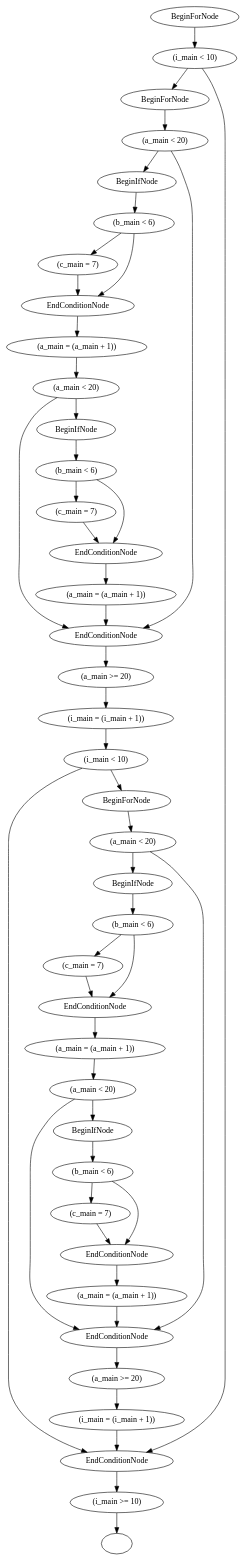
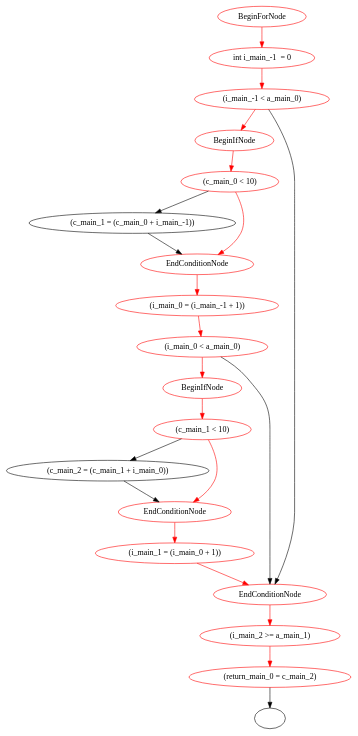
The diagram in graph.dot (vananhnt/Vtse-VerificationTool), drawn with Graphviz before and after one commit. The commit also changed 7 other files, not shown here.

```diff
--- a/graph.dot
+++ b/graph.dot
@@ -1,143 +1,94 @@
-digraph {
-"1792320629" -> "(i_main < 10)508548659";
-"1792320629" [ label="BeginForNode"];
-"(i_main < 10)508548659" [ label="(i_main < 10)"];
-"(i_main < 10)508548659" -> "1548049730";
-"(i_main < 10)508548659" [ label="(i_main < 10)"];
-"1548049730" [ label="BeginForNode"];
-"(i_main < 10)508548659" -> "1086173293";
-"(i_main < 10)508548659" [ label="(i_main < 10)"];
-"1086173293" [ label="EndConditionNode"];
-"1548049730" -> "(a_main < 20)260391683";
-"1548049730" [ label="BeginForNode"];
-"(a_main < 20)260391683" [ label="(a_main < 20)"];
-"(a_main < 20)260391683" -> "1872487054";
-"(a_main < 20)260391683" [ label="(a_main < 20)"];
-"1872487054" [ label="BeginIfNode"];
-"(a_main < 20)260391683" -> "432147826";
-"(a_main < 20)260391683" [ label="(a_main < 20)"];
-"432147826" [ label="EndConditionNode"];
-"1872487054" -> "(b_main < 6)877787391";
-"1872487054" [ label="BeginIfNode"];
-"(b_main < 6)877787391" [ label="(b_main < 6)"];
-"(b_main < 6)877787391" -> "(c_main = 7)559298332";
-"(b_main < 6)877787391" [ label="(b_main < 6)"];
-"(c_main = 7)559298332" [ label="(c_main = 7)"];
-"(b_main < 6)877787391" -> "678823897";
-"(b_main < 6)877787391" [ label="(b_main < 6)"];
-"678823897" [ label="EndConditionNode"];
-"(c_main = 7)559298332" -> "678823897";
-"(c_main = 7)559298332" [ label="(c_main = 7)"];
-"678823897" [ label="EndConditionNode"];
-"678823897" -> "(a_main = (a_main + 1))324764712";
-"678823897" [ label="EndConditionNode"];
-"(a_main = (a_main + 1))324764712" [ label="(a_main = (a_main + 1))"];
-"(a_main = (a_main + 1))324764712" -> "(a_main < 20)1261141566";
-"(a_main = (a_main + 1))324764712" [ label="(a_main = (a_main + 1))"];
-"(a_main < 20)1261141566" [ label="(a_main < 20)"];
-"(a_main < 20)1261141566" -> "1532321424";
-"(a_main < 20)1261141566" [ label="(a_main < 20)"];
-"1532321424" [ label="BeginIfNode"];
-"(a_main < 20)1261141566" -> "432147826";
-"(a_main < 20)1261141566" [ label="(a_main < 20)"];
-"432147826" [ label="EndConditionNode"];
-"1532321424" -> "(b_main < 6)1124455148";
-"1532321424" [ label="BeginIfNode"];
-"(b_main < 6)1124455148" [ label="(b_main < 6)"];
-"(b_main < 6)1124455148" -> "(c_main = 7)212886624";
-"(b_main < 6)1124455148" [ label="(b_main < 6)"];
-"(c_main = 7)212886624" [ label="(c_main = 7)"];
-"(b_main < 6)1124455148" -> "486154566";
-"(b_main < 6)1124455148" [ label="(b_main < 6)"];
-"486154566" [ label="EndConditionNode"];
-"(c_main = 7)212886624" -> "486154566";
-"(c_main = 7)212886624" [ label="(c_main = 7)"];
-"486154566" [ label="EndConditionNode"];
-"486154566" -> "(a_main = (a_main + 1))1839881623";
-"486154566" [ label="EndConditionNode"];
-"(a_main = (a_main + 1))1839881623" [ label="(a_main = (a_main + 1))"];
-"(a_main = (a_main + 1))1839881623" -> "432147826";
-"(a_main = (a_main + 1))1839881623" [ label="(a_main = (a_main + 1))"];
-"432147826" [ label="EndConditionNode"];
-"432147826" -> "(a_main >= 20)5595260";
-"432147826" [ label="EndConditionNode"];
-"(a_main >= 20)5595260" [ label="(a_main >= 20)"];
-"(a_main >= 20)5595260" -> "(i_main = (i_main + 1))264865650";
-"(a_main >= 20)5595260" [ label="(a_main >= 20)"];
-"(i_main = (i_main + 1))264865650" [ label="(i_main = (i_main + 1))"];
-"(i_main = (i_main + 1))264865650" -> "(i_main < 10)1123317724";
-"(i_main = (i_main + 1))264865650" [ label="(i_main = (i_main + 1))"];
-"(i_main < 10)1123317724" [ label="(i_main < 10)"];
-"(i_main < 10)1123317724" -> "2098060528";
-"(i_main < 10)1123317724" [ label="(i_main < 10)"];
-"2098060528" [ label="BeginForNode"];
-"(i_main < 10)1123317724" -> "1086173293";
-"(i_main < 10)1123317724" [ label="(i_main < 10)"];
-"1086173293" [ label="EndConditionNode"];
-"2098060528" -> "(a_main < 20)1450186157";
-"2098060528" [ label="BeginForNode"];
-"(a_main < 20)1450186157" [ label="(a_main < 20)"];
-"(a_main < 20)1450186157" -> "356641286";
-"(a_main < 20)1450186157" [ label="(a_main < 20)"];
-"356641286" [ label="BeginIfNode"];
-"(a_main < 20)1450186157" -> "1961506277";
-"(a_main < 20)1450186157" [ label="(a_main < 20)"];
-"1961506277" [ label="EndConditionNode"];
-"356641286" -> "(b_main < 6)1737727444";
-"356641286" [ label="BeginIfNode"];
-"(b_main < 6)1737727444" [ label="(b_main < 6)"];
-"(b_main < 6)1737727444" -> "(c_main = 7)823669238";
-"(b_main < 6)1737727444" [ label="(b_main < 6)"];
-"(c_main = 7)823669238" [ label="(c_main = 7)"];
-"(b_main < 6)1737727444" -> "722729993";
-"(b_main < 6)1737727444" [ label="(b_main < 6)"];
-"722729993" [ label="EndConditionNode"];
-"(c_main = 7)823669238" -> "722729993";
-"(c_main = 7)823669238" [ label="(c_main = 7)"];
-"722729993" [ label="EndConditionNode"];
-"722729993" -> "(a_main = (a_main + 1))250847635";
-"722729993" [ label="EndConditionNode"];
-"(a_main = (a_main + 1))250847635" [ label="(a_main = (a_main + 1))"];
-"(a_main = (a_main + 1))250847635" -> "(a_main < 20)1970663588";
-"(a_main = (a_main + 1))250847635" [ label="(a_main = (a_main + 1))"];
-"(a_main < 20)1970663588" [ label="(a_main < 20)"];
-"(a_main < 20)1970663588" -> "85125245";
-"(a_main < 20)1970663588" [ label="(a_main < 20)"];
-"85125245" [ label="BeginIfNode"];
-"(a_main < 20)1970663588" -> "1961506277";
-"(a_main < 20)1970663588" [ label="(a_main < 20)"];
-"1961506277" [ label="EndConditionNode"];
-"85125245" -> "(b_main < 6)827703138";
-"85125245" [ label="BeginIfNode"];
-"(b_main < 6)827703138" [ label="(b_main < 6)"];
-"(b_main < 6)827703138" -> "(c_main = 7)582582242";
-"(b_main < 6)827703138" [ label="(b_main < 6)"];
-"(c_main = 7)582582242" [ label="(c_main = 7)"];
-"(b_main < 6)827703138" -> "2022923201";
-"(b_main < 6)827703138" [ label="(b_main < 6)"];
-"2022923201" [ label="EndConditionNode"];
-"(c_main = 7)582582242" -> "2022923201";
-"(c_main = 7)582582242" [ label="(c_main = 7)"];
-"2022923201" [ label="EndConditionNode"];
-"2022923201" -> "(a_main = (a_main + 1))1792021934";
-"2022923201" [ label="EndConditionNode"];
-"(a_main = (a_main + 1))1792021934" [ label="(a_main = (a_main + 1))"];
-"(a_main = (a_main + 1))1792021934" -> "1961506277";
-"(a_main = (a_main + 1))1792021934" [ label="(a_main = (a_main + 1))"];
-"1961506277" [ label="EndConditionNode"];
-"1961506277" -> "(a_main >= 20)1994524985";
-"1961506277" [ label="EndConditionNode"];
-"(a_main >= 20)1994524985" [ label="(a_main >= 20)"];
-"(a_main >= 20)1994524985" -> "(i_main = (i_main + 1))525151848";
-"(a_main >= 20)1994524985" [ label="(a_main >= 20)"];
-"(i_main = (i_main + 1))525151848" [ label="(i_main = (i_main + 1))"];
-"(i_main = (i_main + 1))525151848" -> "1086173293";
-"(i_main = (i_main + 1))525151848" [ label="(i_main = (i_main + 1))"];
-"1086173293" [ label="EndConditionNode"];
-"1086173293" -> "(i_main >= 10)2103583507";
-"1086173293" [ label="EndConditionNode"];
-"(i_main >= 10)2103583507" [ label="(i_main >= 10)"];
-"(i_main >= 10)2103583507" -> "393553012";
-"(i_main >= 10)2103583507" [ label="(i_main >= 10)"];
-"393553012" [ label=""];
+strict digraph {
+"325487755" -> "int i_main_-1  = 0283958661";
+"325487755" [ label="BeginForNode"];
+"int i_main_-1  = 0283958661" [ label="int i_main_-1  = 0"];
+"int i_main_-1  = 0283958661" -> "(i_main_-1 < a_main_0)565205642";
+"int i_main_-1  = 0283958661" [ label="int i_main_-1  = 0"];
+"(i_main_-1 < a_main_0)565205642" [ label="(i_main_-1 < a_main_0)"];
+"(i_main_-1 < a_main_0)565205642" -> "1207946845";
+"(i_main_-1 < a_main_0)565205642" [ label="(i_main_-1 < a_main_0)"];
+"1207946845" [ label="BeginIfNode"];
+"1207946845" -> "(c_main_0 < 10)1616515325";
+"1207946845" [ label="BeginIfNode"];
+"(c_main_0 < 10)1616515325" [ label="(c_main_0 < 10)"];
+"(c_main_0 < 10)1616515325" -> "(c_main_1 = (c_main_0 + i_main_-1))380434822";
+"(c_main_0 < 10)1616515325" [ label="(c_main_0 < 10)"];
+"(c_main_1 = (c_main_0 + i_main_-1))380434822" [ label="(c_main_1 = (c_main_0 + i_main_-1))"];
+"(c_main_1 = (c_main_0 + i_main_-1))380434822" -> "904631763";
+"(c_main_1 = (c_main_0 + i_main_-1))380434822" [ label="(c_main_1 = (c_main_0 + i_main_-1))"];
+"904631763" [ label="EndConditionNode"];
+"(c_main_0 < 10)1616515325" -> "904631763";
+"(c_main_0 < 10)1616515325" [ label="(c_main_0 < 10)"];
+"904631763" [ label="EndConditionNode"];
+"904631763" -> "(i_main_0 = (i_main_-1 + 1))215955477";
+"904631763" [ label="EndConditionNode"];
+"(i_main_0 = (i_main_-1 + 1))215955477" [ label="(i_main_0 = (i_main_-1 + 1))"];
+"(i_main_0 = (i_main_-1 + 1))215955477" -> "(i_main_0 < a_main_0)1009912971";
+"(i_main_0 = (i_main_-1 + 1))215955477" [ label="(i_main_0 = (i_main_-1 + 1))"];
+"(i_main_0 < a_main_0)1009912971" [ label="(i_main_0 < a_main_0)"];
+"(i_main_0 < a_main_0)1009912971" -> "1294185026";
+"(i_main_0 < a_main_0)1009912971" [ label="(i_main_0 < a_main_0)"];
+"1294185026" [ label="BeginIfNode"];
+"1294185026" -> "(c_main_1 < 10)605020984";
+"1294185026" [ label="BeginIfNode"];
+"(c_main_1 < 10)605020984" [ label="(c_main_1 < 10)"];
+"(c_main_1 < 10)605020984" -> "(c_main_2 = (c_main_1 + i_main_0))1365604412";
+"(c_main_1 < 10)605020984" [ label="(c_main_1 < 10)"];
+"(c_main_2 = (c_main_1 + i_main_0))1365604412" [ label="(c_main_2 = (c_main_1 + i_main_0))"];
+"(c_main_2 = (c_main_1 + i_main_0))1365604412" -> "2099208399";
+"(c_main_2 = (c_main_1 + i_main_0))1365604412" [ label="(c_main_2 = (c_main_1 + i_main_0))"];
+"2099208399" [ label="EndConditionNode"];
+"(c_main_1 < 10)605020984" -> "2099208399";
+"(c_main_1 < 10)605020984" [ label="(c_main_1 < 10)"];
+"2099208399" [ label="EndConditionNode"];
+"2099208399" -> "(i_main_1 = (i_main_0 + 1))763260044";
+"2099208399" [ label="EndConditionNode"];
+"(i_main_1 = (i_main_0 + 1))763260044" [ label="(i_main_1 = (i_main_0 + 1))"];
+"(i_main_1 = (i_main_0 + 1))763260044" -> "1991466040";
+"(i_main_1 = (i_main_0 + 1))763260044" [ label="(i_main_1 = (i_main_0 + 1))"];
+"1991466040" [ label="EndConditionNode"];
+"(i_main_0 < a_main_0)1009912971" -> "1991466040";
+"(i_main_0 < a_main_0)1009912971" [ label="(i_main_0 < a_main_0)"];
+"1991466040" [ label="EndConditionNode"];
+"(i_main_-1 < a_main_0)565205642" -> "1991466040";
+"(i_main_-1 < a_main_0)565205642" [ label="(i_main_-1 < a_main_0)"];
+"1991466040" [ label="EndConditionNode"];
+"1991466040" -> "(i_main_2 >= a_main_1)216890954";
+"1991466040" [ label="EndConditionNode"];
+"(i_main_2 >= a_main_1)216890954" [ label="(i_main_2 >= a_main_1)"];
+"(i_main_2 >= a_main_1)216890954" -> "(return_main_0 = c_main_2)183664128";
+"(i_main_2 >= a_main_1)216890954" [ label="(i_main_2 >= a_main_1)"];
+"(return_main_0 = c_main_2)183664128" [ label="(return_main_0 = c_main_2)"];
+"(return_main_0 = c_main_2)183664128" -> "1412852190";
+"(return_main_0 = c_main_2)183664128" [ label="(return_main_0 = c_main_2)"];
+"1412852190" [ label=""];
+"325487755" [ color="red"];
+"int i_main_-1  = 0283958661" [ color="red"];
+"(i_main_-1 < a_main_0)565205642" [ color="red"];
+"1207946845" [ color="red"];
+"(c_main_0 < 10)1616515325" [ color="red"];
+"904631763" [ color="red"];
+"(i_main_0 = (i_main_-1 + 1))215955477" [ color="red"];
+"(i_main_0 < a_main_0)1009912971" [ color="red"];
+"1294185026" [ color="red"];
+"(c_main_1 < 10)605020984" [ color="red"];
+"2099208399" [ color="red"];
+"(i_main_1 = (i_main_0 + 1))763260044" [ color="red"];
+"1991466040" [ color="red"];
+"(i_main_2 >= a_main_1)216890954" [ color="red"];
+"(return_main_0 = c_main_2)183664128" [ color="red"];
+"325487755" -> "int i_main_-1  = 0283958661" [ color="red"];
+"int i_main_-1  = 0283958661" -> "(i_main_-1 < a_main_0)565205642" [ color="red"];
+"(i_main_-1 < a_main_0)565205642" -> "1207946845" [ color="red"];
+"1207946845" -> "(c_main_0 < 10)1616515325" [ color="red"];
+"(c_main_0 < 10)1616515325" -> "904631763" [ color="red"];
+"904631763" -> "(i_main_0 = (i_main_-1 + 1))215955477" [ color="red"];
+"(i_main_0 = (i_main_-1 + 1))215955477" -> "(i_main_0 < a_main_0)1009912971" [ color="red"];
+"(i_main_0 < a_main_0)1009912971" -> "1294185026" [ color="red"];
+"1294185026" -> "(c_main_1 < 10)605020984" [ color="red"];
+"(c_main_1 < 10)605020984" -> "2099208399" [ color="red"];
+"2099208399" -> "(i_main_1 = (i_main_0 + 1))763260044" [ color="red"];
+"(i_main_1 = (i_main_0 + 1))763260044" -> "1991466040" [ color="red"];
+"1991466040" -> "(i_main_2 >= a_main_1)216890954" [ color="red"];
+"(i_main_2 >= a_main_1)216890954" -> "(return_main_0 = c_main_2)183664128" [ color="red"];
 }
```
